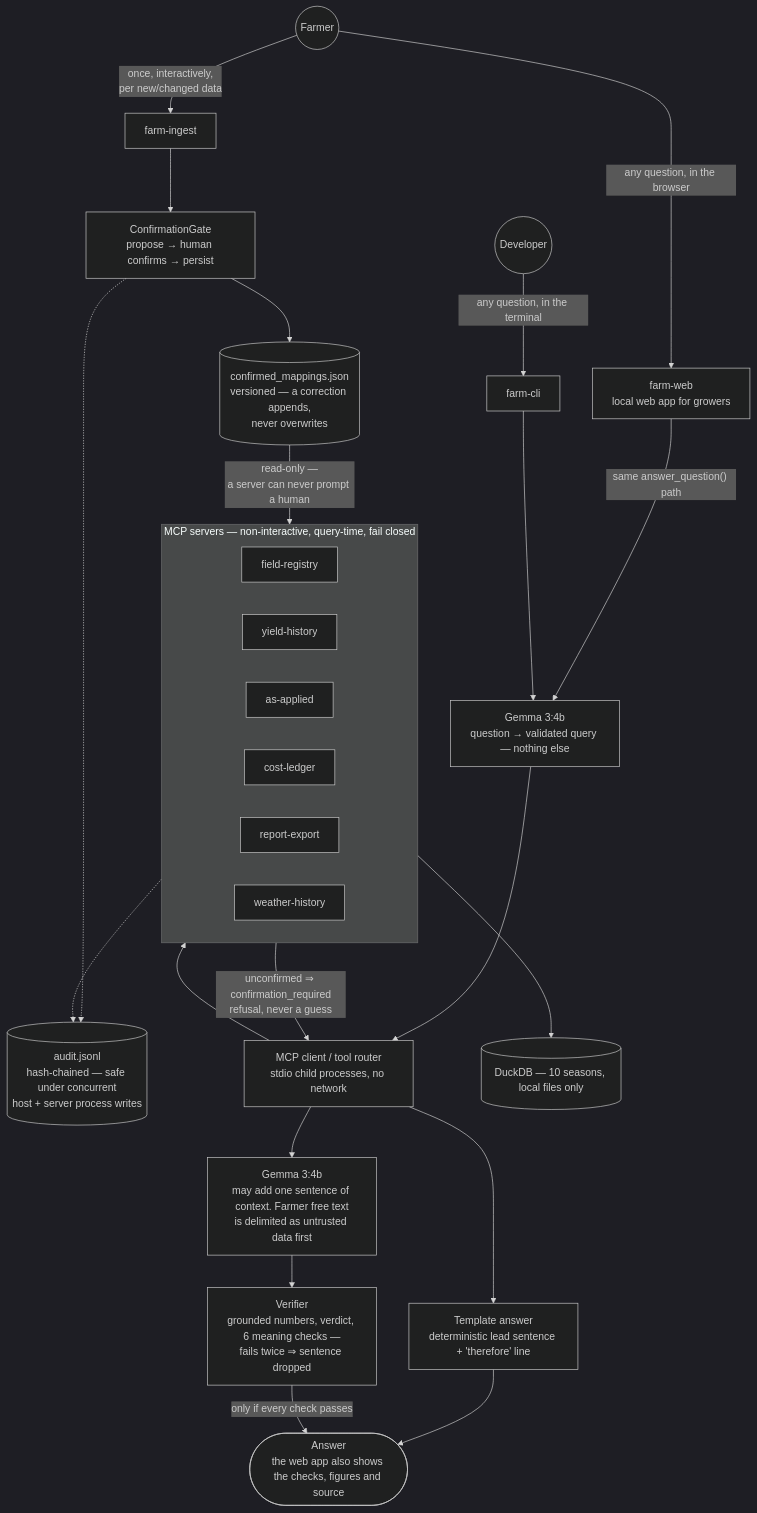
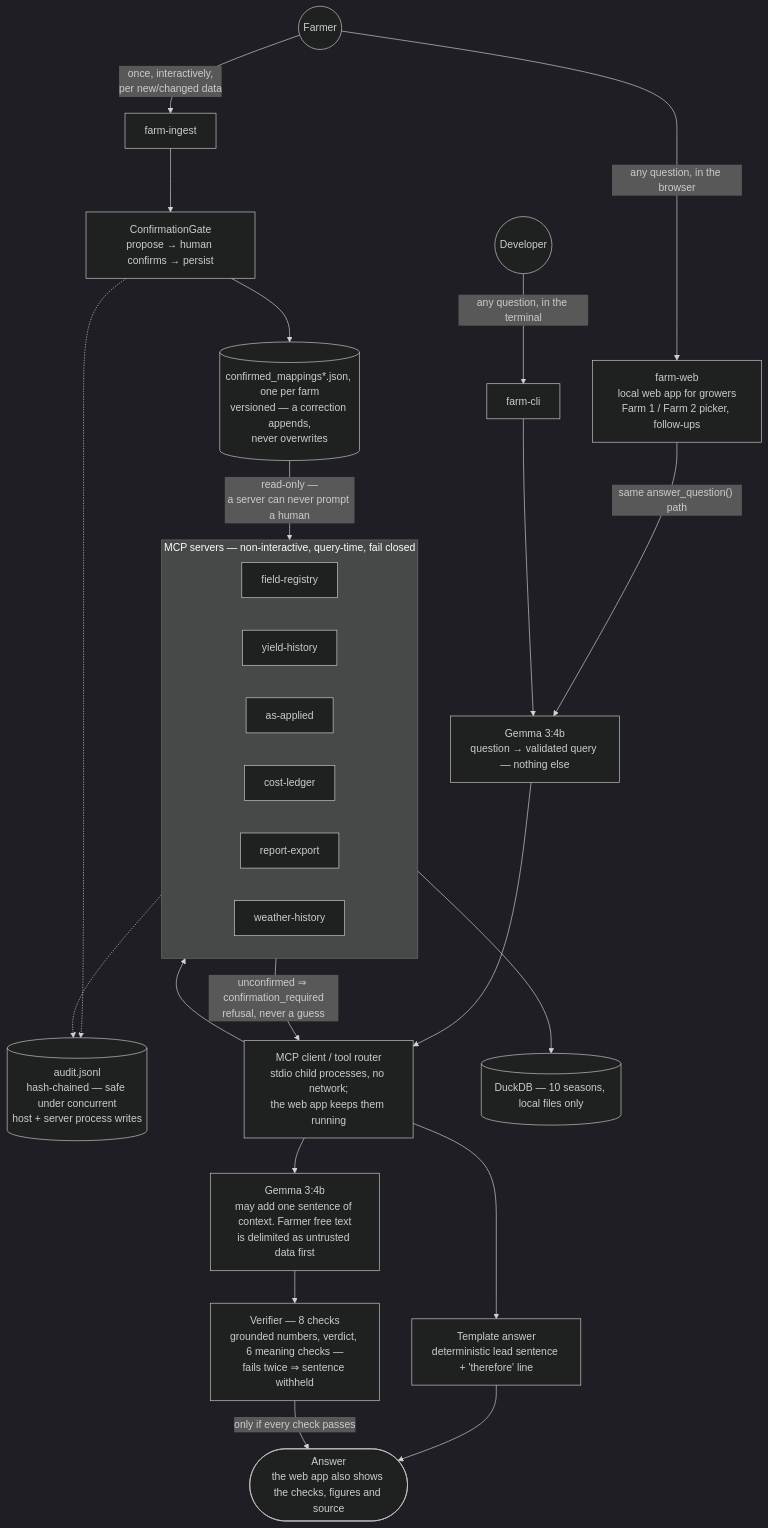
The first of 2 diagrams in docs/ARCHITECTURE.md (lynnlangit/precision-farm-mcp), drawn with Mermaid (dark theme) before and after one commit. The commit also changed other lines of this file, not shown here.

First line of the commit message:
docs: add question-flow sequence diagram to ARCHITECTURE.md and refresh it

````diff
--- a/docs/ARCHITECTURE.md
+++ b/docs/ARCHITECTURE.md
@@ -6,37 +6,37 @@
 ```mermaid
 flowchart TD
     Farmer(("Farmer"))
 
     Farmer -->|"once, interactively,<br/>per new/changed data"| Ingest["farm-ingest"]
-    Farmer -->|"any question, in the browser"| Web["farm-web<br/>local web app for growers"]
+    Farmer -->|"any question, in the browser"| Web["farm-web<br/>local web app for growers<br/>Farm 1 / Farm 2 picker, follow-ups"]
     Dev(("Developer")) -->|"any question, in the terminal"| CLI["farm-cli"]
 
     Ingest --> Gate["ConfirmationGate<br/>propose → human confirms → persist"]
-    Gate --> Store[("confirmed_mappings.json<br/>versioned — a correction appends,<br/>never overwrites")]
+    Gate --> Store[("confirmed_mappings*.json, one per farm<br/>versioned — a correction appends,<br/>never overwrites")]
     Gate -.-> Audit
 
     Web -->|"same answer_question() path"| Parser
     CLI --> Parser["Gemma 3:4b<br/>question → validated query — nothing else"]
-    Parser --> Router["MCP client / tool router<br/>stdio child processes, no network"]
+    Parser --> Router["MCP client / tool router<br/>stdio child processes, no network;<br/>the web app keeps them running"]
 
     subgraph Servers["MCP servers — non-interactive, query-time, fail closed"]
         FR["field-registry"]
         YH["yield-history"]
         AA["as-applied"]
         CL2["cost-ledger"]
         RE["report-export"]
         WH["weather-history"]
     end
 
     Router --> Servers
     Store -->|"read-only —<br/>a server can never prompt a human"| Servers
     Servers -->|"unconfirmed ⇒ confirmation_required<br/>refusal, never a guess"| Router
     Servers --> DB[("DuckDB — 10 seasons, local files only")]
     Servers -.-> Audit[("audit.jsonl<br/>hash-chained — safe under concurrent<br/>host + server process writes")]
 
     Router --> Template["Template answer<br/>deterministic lead sentence + 'therefore' line"]
     Router --> Narrator["Gemma 3:4b<br/>may add one sentence of context. Farmer free text<br/>is delimited as untrusted data first"]
-    Narrator --> Checks["Verifier<br/>grounded numbers, verdict, 6 meaning checks —<br/>fails twice ⇒ sentence dropped"]
+    Narrator --> Checks["Verifier — 8 checks<br/>grounded numbers, verdict, 6 meaning checks —<br/>fails twice ⇒ sentence withheld"]
     Template --> Answer(["Answer<br/>the web app also shows the checks, figures and source"])
     Checks -->|"only if every check passes"| Answer
 ```
````
